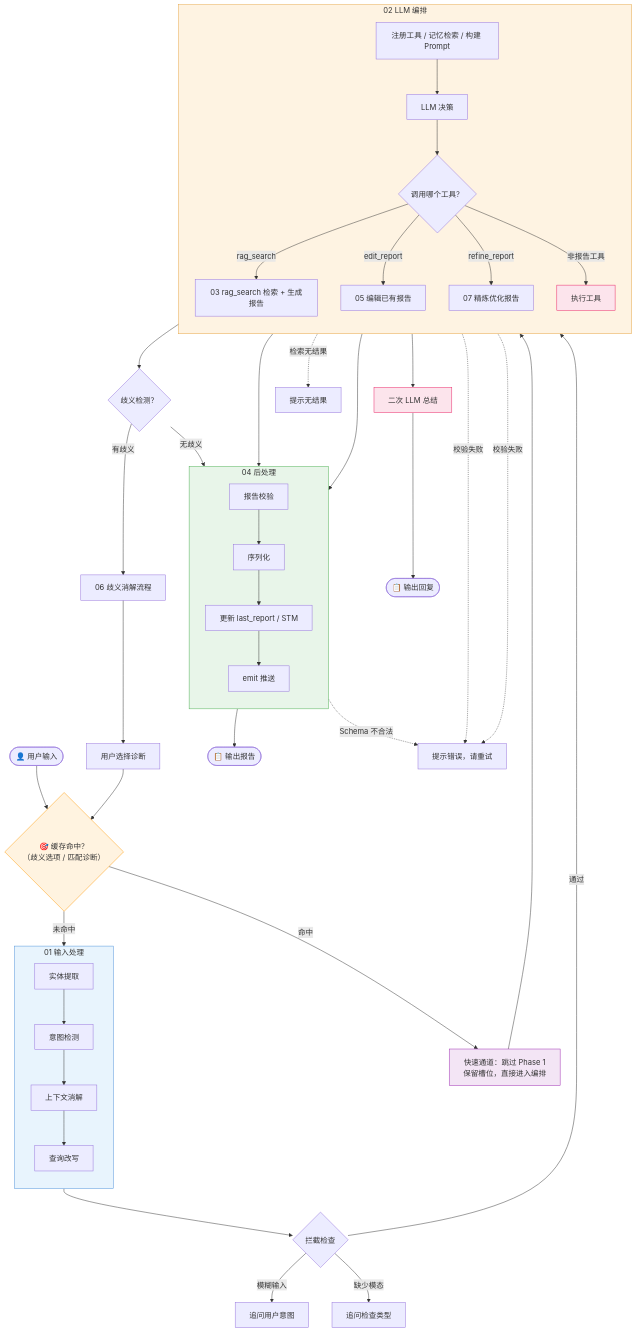
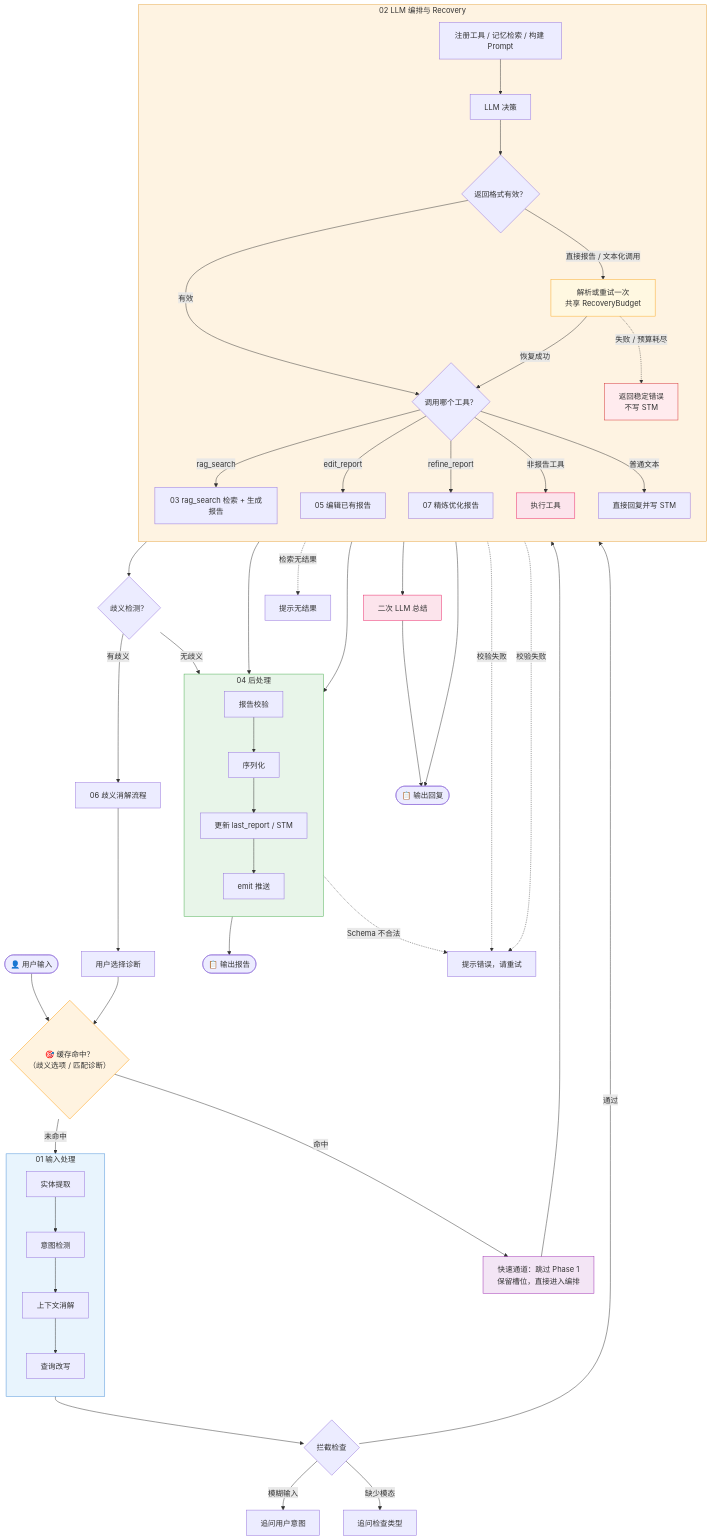
One commit to cw12309/report-generation changed the diagram in docs/uml/00_overview.md. Above: the diagram before and after it, drawn with Mermaid. The commit also changed other lines of this file and 11 other files, not shown here.

````diff
--- a/docs/uml/00_overview.md
+++ b/docs/uml/00_overview.md
@@ -3,61 +3,69 @@
 ```mermaid
 flowchart TD
     START([👤 用户输入]) --> CACHE{"🎯 缓存命中？<br/>（歧义选项 / 匹配诊断）"}
 
     CACHE -->|命中| FAST["快速通道：跳过 Phase 1<br/>保留槽位，直接进入编排"]
     CACHE -->|未命中| P1
 
     subgraph P1["01 输入处理"]
         direction TB
         A1["实体提取"] --> A2["意图检测"] --> A3["上下文消解"] --> A4["查询改写"]
     end
 
     P1 --> INTERCEPT{"拦截检查"}
     INTERCEPT -->|模糊输入| ASK1["追问用户意图"]
     INTERCEPT -->|缺少模态| ASK2["追问检查类型"]
     INTERCEPT -->|通过| P2
 
     FAST --> P2
 
-    subgraph P2["02 LLM 编排"]
+    subgraph P2["02 LLM 编排与 Recovery"]
         direction TB
         B1["注册工具 / 记忆检索 / 构建 Prompt"] --> B2["LLM 决策"]
-        B2 --> B3{"调用哪个工具？"}
+        B2 --> FORMAT{"返回格式有效？"}
+        FORMAT -->|直接报告 / 文本化调用| RECOVER["解析或重试一次<br/>共享 RecoveryBudget"]
+        RECOVER -->|恢复成功| B3
+        RECOVER -.->|失败 / 预算耗尽| ERR3["返回稳定错误<br/>不写 STM"]
+        FORMAT -->|有效| B3{"调用哪个工具？"}
         B3 -->|rag_search| RAG["03 rag_search 检索 + 生成报告"]
         B3 -->|edit_report| EDIT["05 编辑已有报告"]
         B3 -->|refine_report| REFINE["07 精炼优化报告"]
         B3 -->|非报告工具| NON_REPORT["执行工具"]
+        B3 -->|普通文本| DIRECT["直接回复并写 STM"]
     end
 
     RAG --> AMB{"歧义检测？"}
     AMB -->|有歧义| AMB_FLOW["06 歧义消解流程"]
     AMB_FLOW --> USER_SEL["用户选择诊断"]
     USER_SEL --> CACHE
     AMB -->|无歧义| P3
 
     EDIT --> P3
     REFINE --> P3
 
     subgraph P3["04 后处理"]
         direction TB
         C1["报告校验"] --> C2["序列化"] --> C3["更新 last_report / STM"] --> C4["emit 推送"]
     end
 
     P3 --> END([📋 输出报告])
+    DIRECT --> END2
 
     NON_REPORT --> LLM2["二次 LLM 总结"]
     LLM2 --> END2([📋 输出回复])
 
     RAG -.->|检索无结果| ERR1["提示无结果"]
     EDIT -.->|校验失败| ERR2["提示错误，请重试"]
     REFINE -.->|校验失败| ERR2
     P3 -.->|Schema 不合法| ERR2
 
     style P1 fill:#e8f4fd,stroke:#4a90d9
     style P2 fill:#fef3e2,stroke:#e6a23c
     style P3 fill:#e8f5e9,stroke:#4caf50
     style FAST fill:#f3e5f5,stroke:#9c27b0
     style CACHE fill:#fff3e0,stroke:#ff9800
     style NON_REPORT fill:#fce4ec,stroke:#e91e63
     style LLM2 fill:#fce4ec,stroke:#e91e63
+    style RECOVER fill:#fff8e1,stroke:#f9a825
+    style ERR3 fill:#ffebee,stroke:#d32f2f
 ```
````
